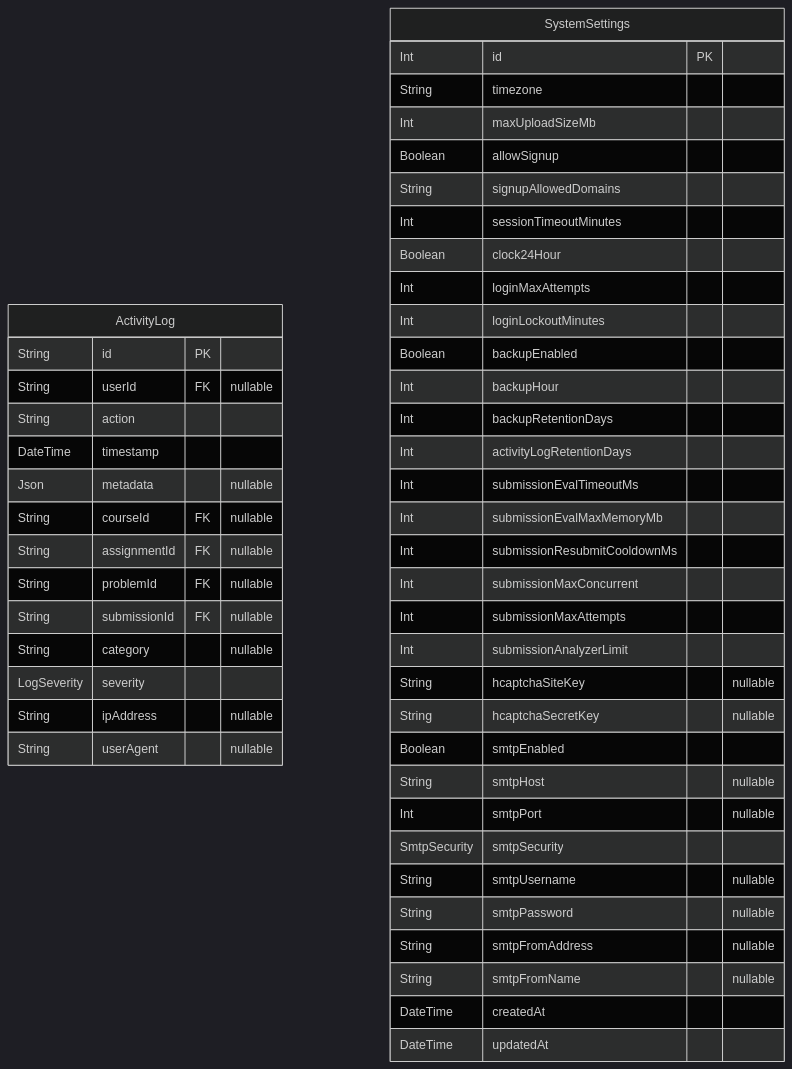
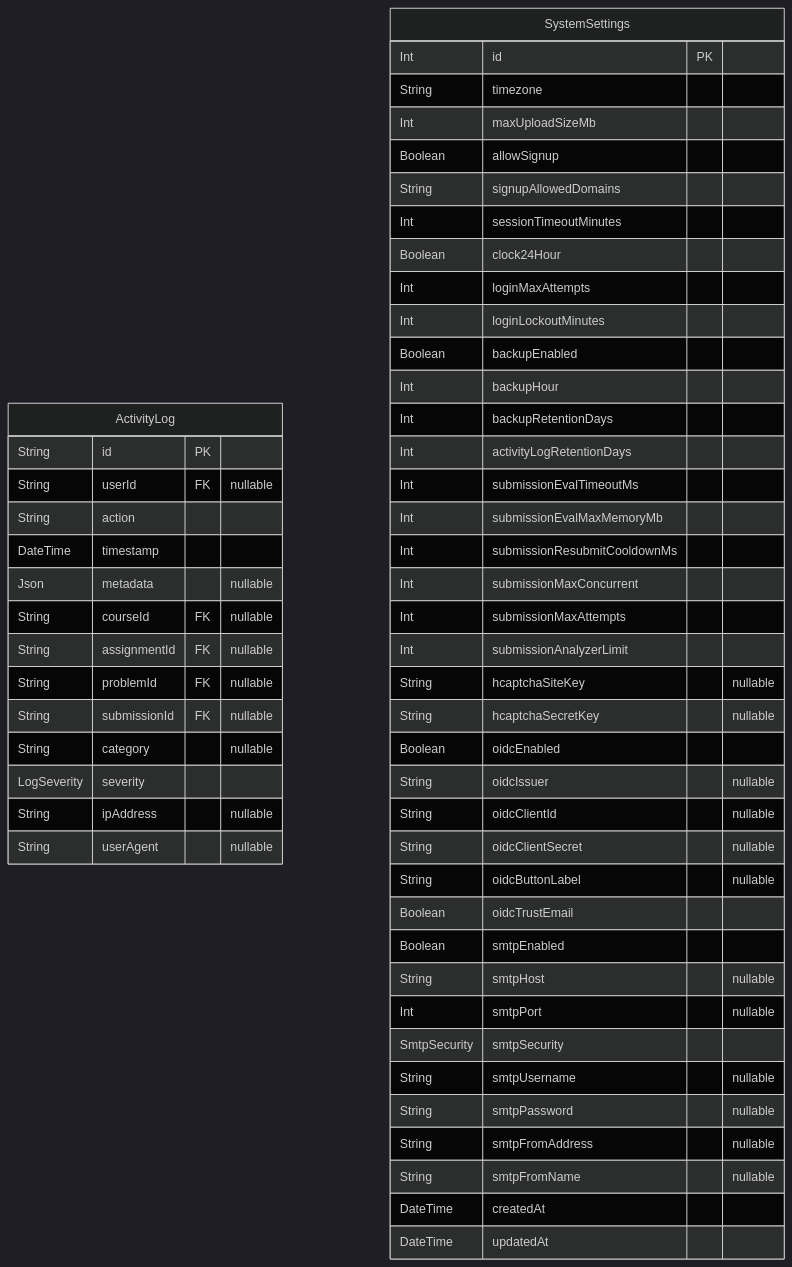
One commit to PennStateCS/AFCT changed the fifth of 5 diagrams in docs-site/docs/reference/database-schema.md. Above: the diagram before and after it, drawn with Mermaid (dark theme). The commit also changed other lines of this file and 11 other files, not shown here.

````diff
--- a/docs-site/docs/reference/database-schema.md
+++ b/docs-site/docs/reference/database-schema.md
@@ -693,51 +693,57 @@
 ```mermaid
 erDiagram
 "ActivityLog" {
   String id PK
   String userId FK "nullable"
   String action
   DateTime timestamp
   Json metadata "nullable"
   String courseId FK "nullable"
   String assignmentId FK "nullable"
   String problemId FK "nullable"
   String submissionId FK "nullable"
   String category "nullable"
   LogSeverity severity
   String ipAddress "nullable"
   String userAgent "nullable"
 }
 "SystemSettings" {
   Int id PK
   String timezone
   Int maxUploadSizeMb
   Boolean allowSignup
   String signupAllowedDomains
   Int sessionTimeoutMinutes
   Boolean clock24Hour
   Int loginMaxAttempts
   Int loginLockoutMinutes
   Boolean backupEnabled
   Int backupHour
   Int backupRetentionDays
   Int activityLogRetentionDays
   Int submissionEvalTimeoutMs
   Int submissionEvalMaxMemoryMb
   Int submissionResubmitCooldownMs
   Int submissionMaxConcurrent
   Int submissionMaxAttempts
   Int submissionAnalyzerLimit
   String hcaptchaSiteKey "nullable"
   String hcaptchaSecretKey "nullable"
+  Boolean oidcEnabled
+  String oidcIssuer "nullable"
+  String oidcClientId "nullable"
+  String oidcClientSecret "nullable"
+  String oidcButtonLabel "nullable"
+  Boolean oidcTrustEmail
   Boolean smtpEnabled
   String smtpHost "nullable"
   Int smtpPort "nullable"
   SmtpSecurity smtpSecurity
   String smtpUsername "nullable"
   String smtpPassword "nullable"
   String smtpFromAddress "nullable"
   String smtpFromName "nullable"
   DateTime createdAt
   DateTime updatedAt
 }
 ```
````
